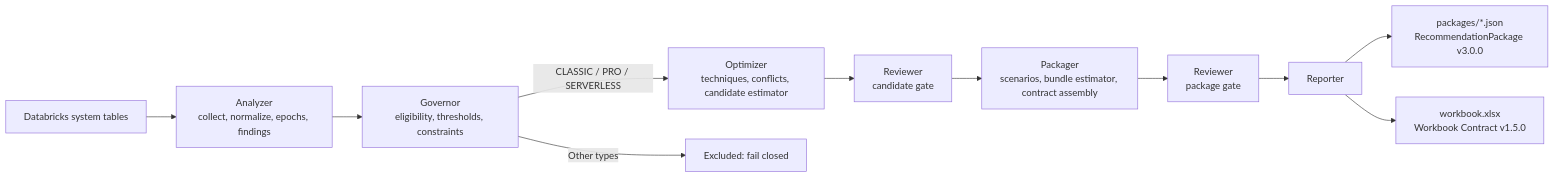
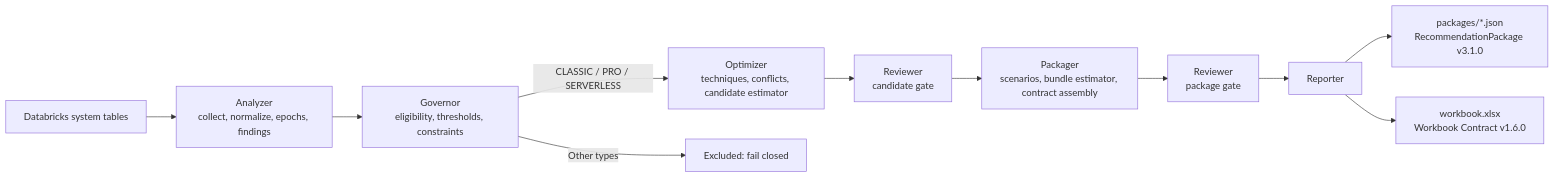
Before and after one commit to thiaga-gk/expert-funicular: the diagram in README.md, drawn with Mermaid. The commit also changed other lines of this file and 146 other files, not shown here.

````diff
--- a/README.md
+++ b/README.md
@@ -19,13 +19,13 @@
 ```mermaid
 flowchart LR
     ST[Databricks system tables] --> A[Analyzer<br/>collect, normalize, epochs, findings]
     A --> G[Governor<br/>eligibility, thresholds, constraints]
     G -->|CLASSIC / PRO / SERVERLESS| O[Optimizer<br/>techniques, conflicts, candidate estimator]
     G -->|Other types| X[Excluded: fail closed]
     O --> R1[Reviewer<br/>candidate gate]
     R1 --> P[Packager<br/>scenarios, bundle estimator, contract assembly]
     P --> R2[Reviewer<br/>package gate]
     R2 --> RP[Reporter]
-    RP --> J[packages/*.json<br/>RecommendationPackage v3.0.0]
-    RP --> W[workbook.xlsx<br/>Workbook Contract v1.5.0]
+    RP --> J[packages/*.json<br/>RecommendationPackage v3.1.0]
+    RP --> W[workbook.xlsx<br/>Workbook Contract v1.6.0]
 ```
````
